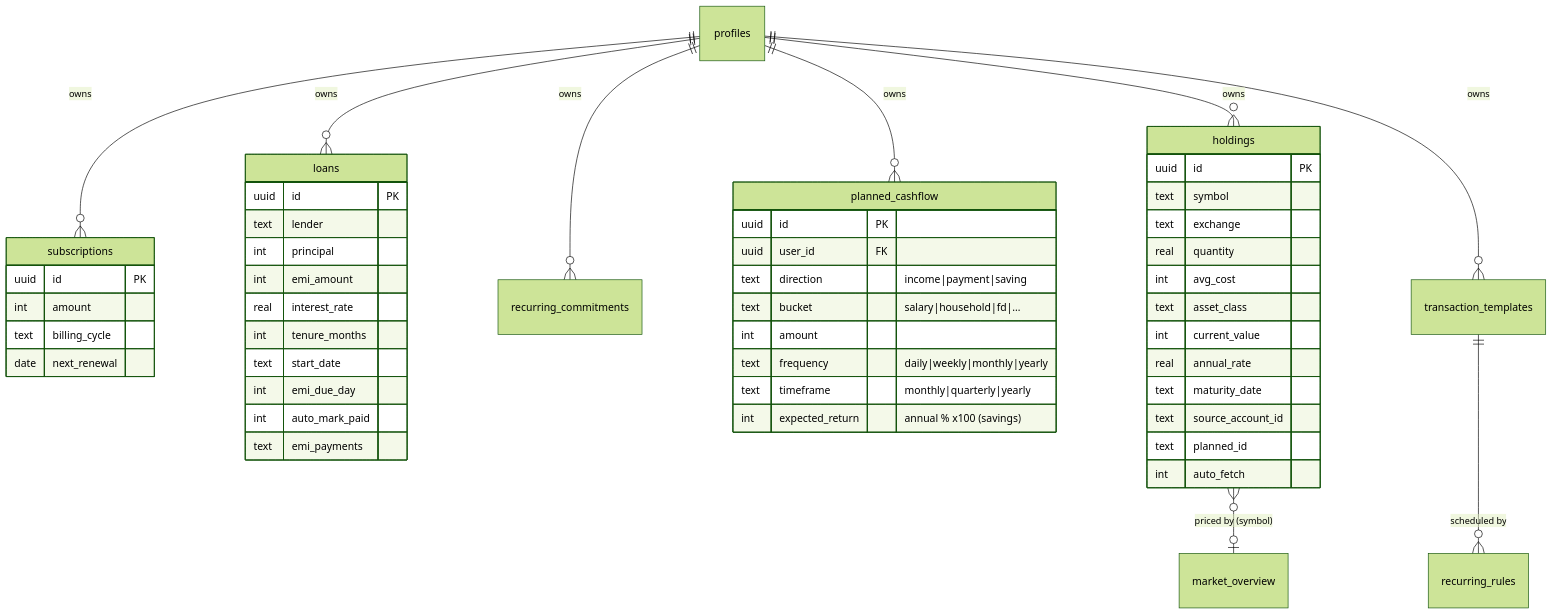
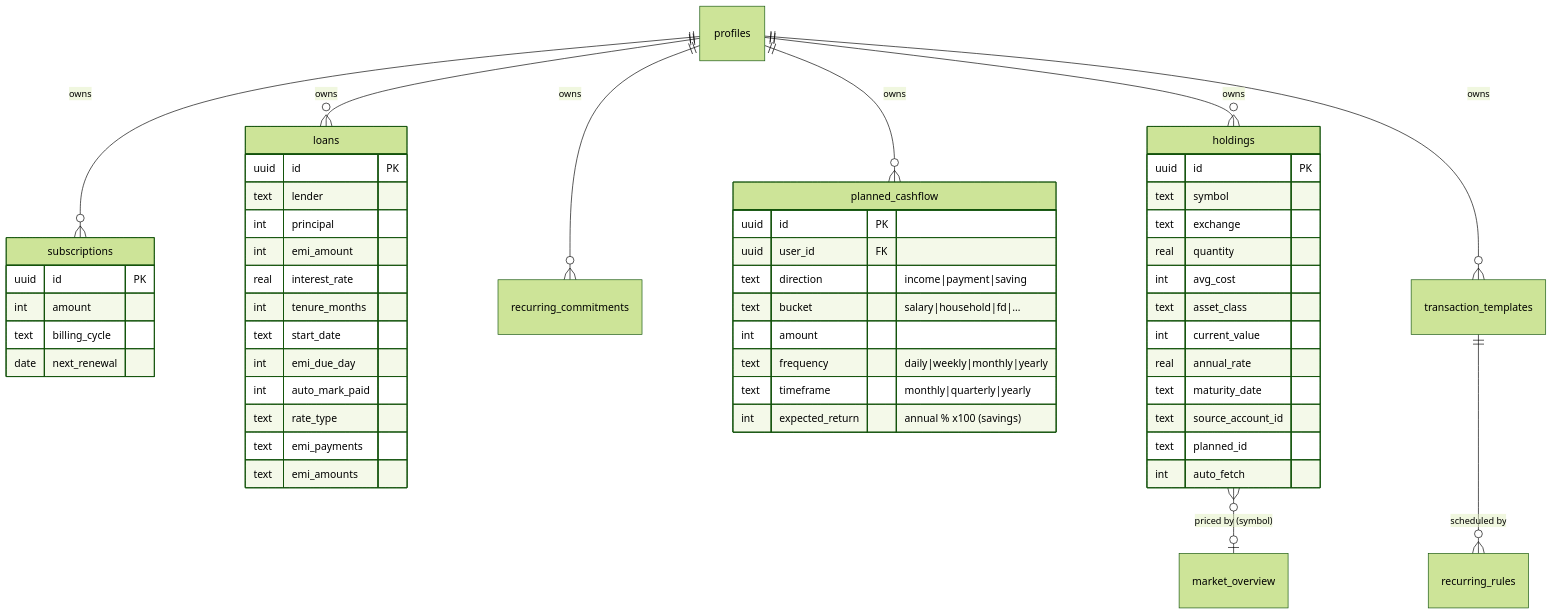
The second of 5 diagrams in docs/architecture/02-data-model.md (replyto-pocketcare/pocketcare-app), drawn with Mermaid (forest theme) before and after one commit. The commit also changed 11 other files, not shown here.

````diff
--- a/docs/architecture/02-data-model.md
+++ b/docs/architecture/02-data-model.md
@@ -68,54 +68,56 @@
 ```mermaid
 erDiagram
     profiles ||--o{ subscriptions : owns
     profiles ||--o{ loans : owns
     profiles ||--o{ recurring_commitments : owns
     profiles ||--o{ planned_cashflow : owns
     profiles ||--o{ holdings : owns
     profiles ||--o{ transaction_templates : owns
     transaction_templates ||--o{ recurring_rules : "scheduled by"
 
     planned_cashflow {
         uuid id PK
         uuid user_id FK
         text direction "income|payment|saving"
         text bucket "salary|household|fd|…"
         int  amount
         text frequency "daily|weekly|monthly|yearly"
         text timeframe "monthly|quarterly|yearly"
         int  expected_return "annual % x100 (savings)"
     }
     subscriptions {
         uuid id PK
         int  amount
         text billing_cycle
         date next_renewal
     }
     loans {
         uuid id PK
         text lender
         int  principal
         int  emi_amount
         real interest_rate
         int  tenure_months
         text start_date
         int  emi_due_day
         int  auto_mark_paid
+        text rate_type
         text emi_payments
+        text emi_amounts
     }
     holdings {
         uuid id PK
         text symbol
         text exchange
         real quantity
         int  avg_cost
         text asset_class
         int  current_value
         real annual_rate
         text maturity_date
         text source_account_id
         text planned_id
         int  auto_fetch
     }
     holdings }o--o| market_overview : "priced by (symbol)"
 ```
````
